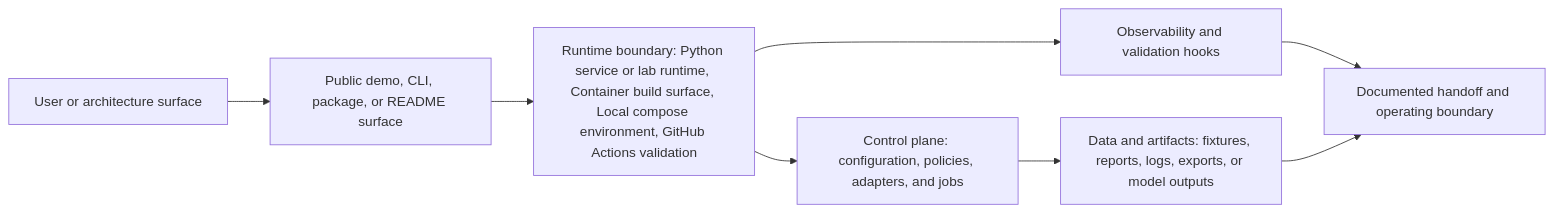
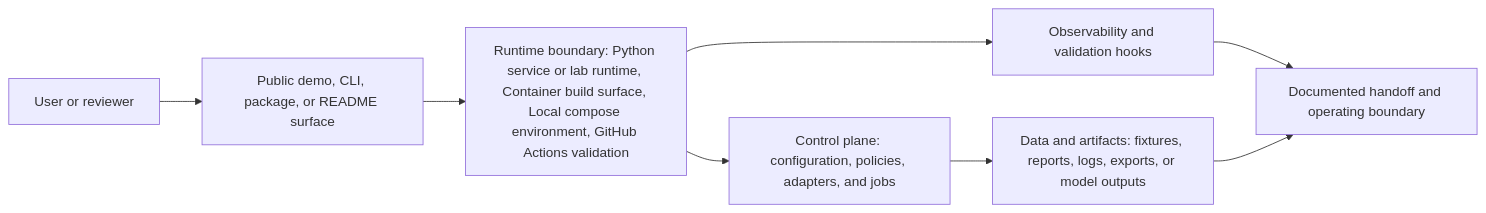
Before and after one commit to KIM3310/kbbq-idle-unity: the diagram in docs/system-architecture.md, drawn with Mermaid. The commit also changed 32 other files, not shown here.

Commit message:
docs: refine game service architecture

````diff
--- a/docs/system-architecture.md
+++ b/docs/system-architecture.md
@@ -18,10 +18,10 @@
 ```mermaid
 flowchart LR
-    User["User or architecture surface"] --> Surface["Public demo, CLI, package, or README surface"]
+    User["User or reviewer"] --> Surface["Public demo, CLI, package, or README surface"]
     Surface --> Runtime["Runtime boundary: Python service or lab runtime, Container build surface, Local compose environment, GitHub Actions validation"]
     Runtime --> Control["Control plane: configuration, policies, adapters, and jobs"]
     Control --> Data["Data and artifacts: fixtures, reports, logs, exports, or model outputs"]
     Runtime --> Observability["Observability and validation hooks"]
     Observability --> Handoff["Documented handoff and operating boundary"]
     Data --> Handoff
 ```
````
